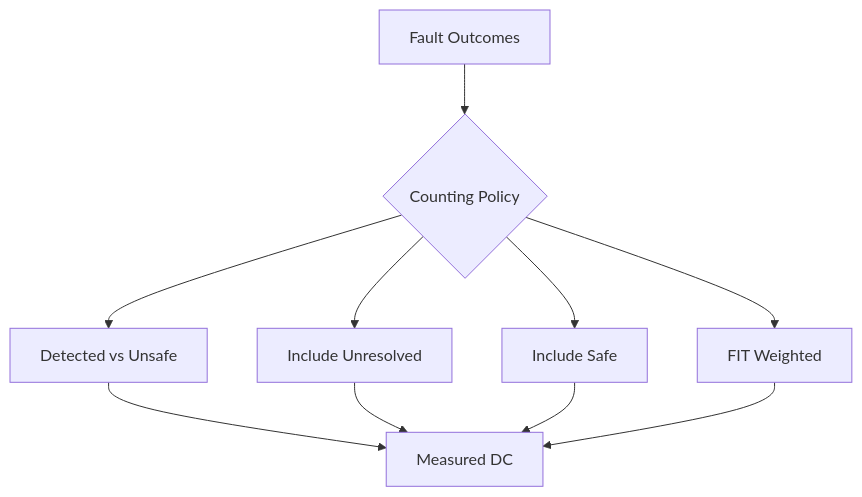
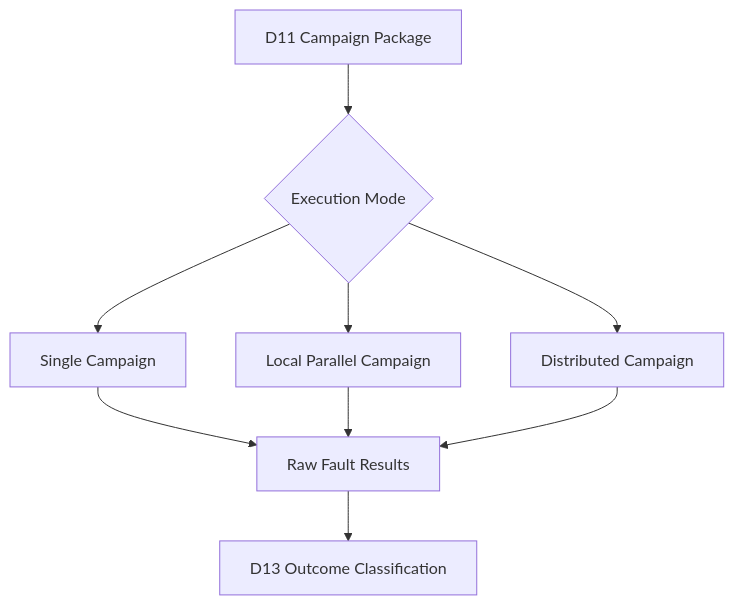
One commit to qiqixixi1001/automotive-safeic-practice changed the second of 5 diagrams in articles/12_automotive_safeic_practice_d12_github_en_measured_diagnostic_coverage.md. Above: the diagram before and after it, drawn with Mermaid. The commit also changed other lines of this file, not shown here.

````diff
--- a/articles/12_automotive_safeic_practice_d12_github_en_measured_diagnostic_coverage.md
+++ b/articles/12_automotive_safeic_practice_d12_github_en_measured_diagnostic_coverage.md
@@ -224,12 +226,11 @@
 ```mermaid
 flowchart TD
-    A[Fault Outcomes] --> B{Counting Policy}
-    B --> C[Detected vs Unsafe]
-    B --> D[Include Unresolved]
-    B --> E[Include Safe]
-    B --> F[FIT Weighted]
-    C --> G[Measured DC]
-    D --> G
-    E --> G
-    F --> G
+    A[D11 Campaign Package] --> B{Execution Mode}
+    B --> C[Single Campaign]
+    B --> D[Local Parallel Campaign]
+    B --> E[Distributed Campaign]
+    C --> F[Raw Fault Results]
+    D --> F
+    E --> F
+    F --> G[D13 Outcome Classification]
 ```
````
